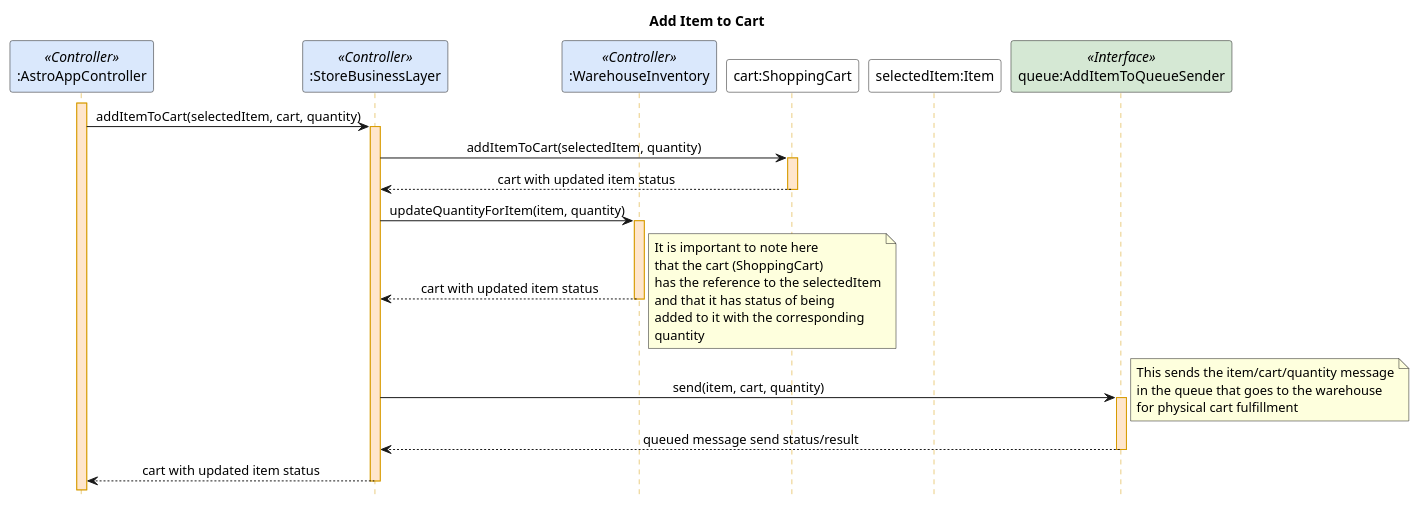
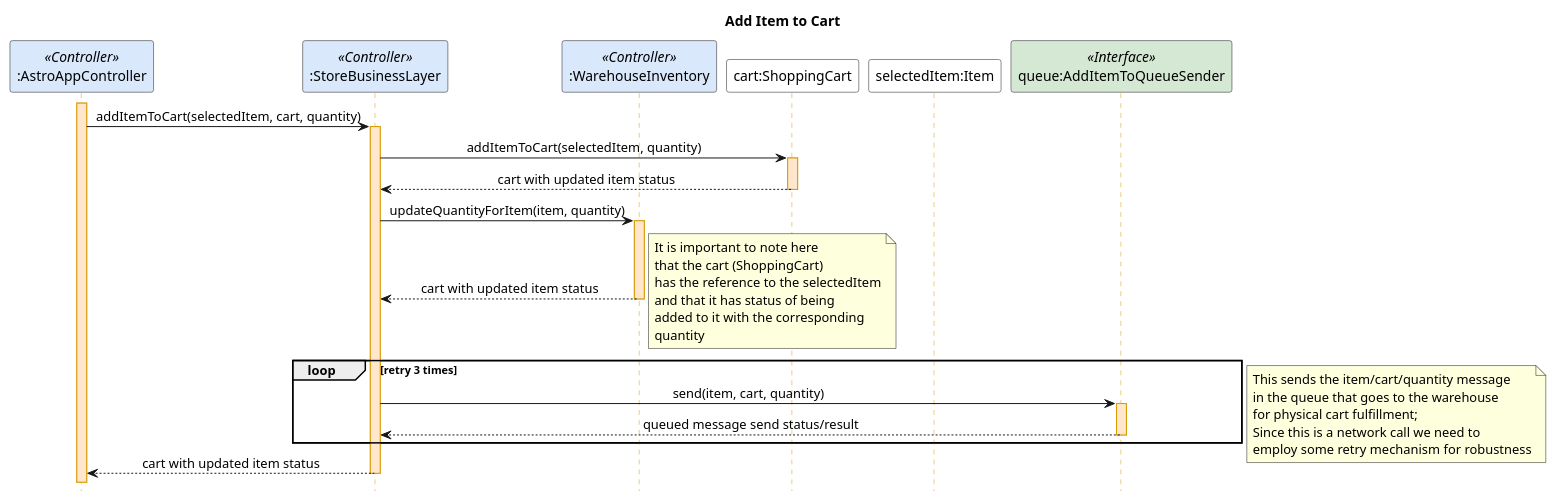
One commit to dalegaspi/bu-ms-s7-tp changed the diagram in doc/sequence/add-item-to-cart-focused.puml. Above: the diagram before and after it, drawn with PlantUML.

```diff
--- a/doc/sequence/add-item-to-cart-focused.puml
+++ b/doc/sequence/add-item-to-cart-focused.puml
@@ -1,42 +1,48 @@
 @startuml
 'https://plantuml.com/sequence-diagram
 title Add Item to Cart
 hide footbox
 skinparam sequenceMessageAlign center
 skinparam sequence {
 LifeLineBorderColor #D79B00
 LifeLineBackgroundColor #FFE6CC
 }
 
 participant ":AstroAppController" as appController <<Controller>> #DAE8FC
 participant ":StoreBusinessLayer" as store <<Controller>> #DAE8FC
 participant ":WarehouseInventory" as warehouse <<Controller>> #DAE8FC
 participant "cart:ShoppingCart" as cart #FFFFFF
 participant "selectedItem:Item" as selectedItem #FFFFFF
 participant "queue:AddItemToQueueSender" as queue <<Interface>> #D5E8D4
 
 'autonumber
 autoactivate On
 activate appController
 appController -> store: addItemToCart(selectedItem, cart, quantity)
 store -> cart: addItemToCart(selectedItem, quantity)
 return cart with updated item status
 store -> warehouse: updateQuantityForItem(item, quantity)
 return cart with updated item status
 note right
 It is important to note here
 that the cart (ShoppingCart)
 has the reference to the selectedItem
 and that it has status of being
 added to it with the corresponding
 quantity
 end note
+loop retry 3 times 
 store -> queue: send(item, cart, quantity)
+return queued message send status/result
+end
 note right
 This sends the item/cart/quantity message
 in the queue that goes to the warehouse
-for physical cart fulfillment
+for physical cart fulfillment;
+Since this is a network call we need to
+employ some retry mechanism for robustness
 end note
-return queued message send status/result
+
+
 return cart with updated item status
 @enduml
```
